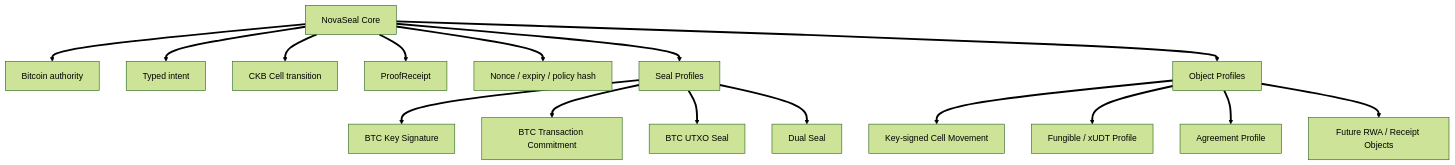
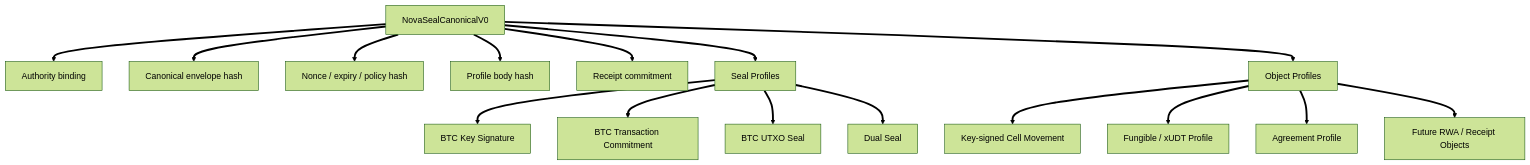
The second of 5 diagrams in proposals/novaseal/v0-mvp-skeleton/NOVASEAL_ARCHITECTURE_EXPLAINED.md (CellScript-Labs/CellScript), drawn with Mermaid (forest theme) before and after one commit. The commit also changed other lines of this file and 15 other files, not shown here.

Commit message:
Implement NovaSeal canonical conformance gate

````diff
--- a/proposals/novaseal/v0-mvp-skeleton/NOVASEAL_ARCHITECTURE_EXPLAINED.md
+++ b/proposals/novaseal/v0-mvp-skeleton/NOVASEAL_ARCHITECTURE_EXPLAINED.md
@@ -95,21 +97,21 @@
 ```mermaid
 flowchart TD
-    A[NovaSeal Core] ==> A1[Bitcoin authority]
-    A ==> A2[Typed intent]
-    A ==> A3[CKB Cell transition]
-    A ==> A4[ProofReceipt]
-    A ==> A5[Nonce / expiry / policy hash]
+    A[NovaSealCanonicalV0] ==> A1[Authority binding]
+    A ==> A2[Canonical envelope hash]
+    A ==> A3[Nonce / expiry / policy hash]
+    A ==> A4[Profile body hash]
+    A ==> A5[Receipt commitment]
 
     B[Seal Profiles] ==> B1[BTC Key Signature]
     B ==> B2[BTC Transaction Commitment]
     B ==> B3[BTC UTXO Seal]
     B ==> B4[Dual Seal]
 
     C[Object Profiles] ==> C1[Key-signed Cell Movement]
     C ==> C2[Fungible / xUDT Profile]
     C ==> C3[Agreement Profile]
     C ==> C4[Future RWA / Receipt Objects]
 
     A ==> B
     A ==> C
 ```
````
